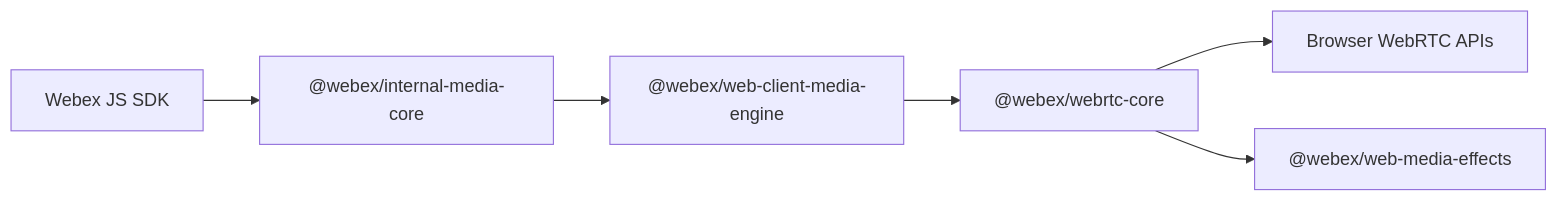
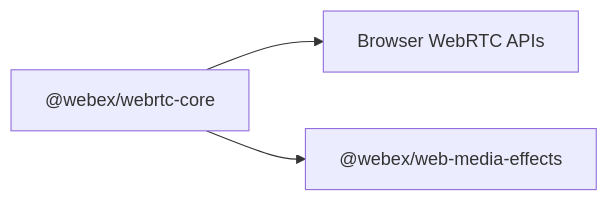
Before and after one commit to webex/webrtc-core: the diagram in docs/knowledge-base/architecture/webrtc-core-overview.md, drawn with Mermaid. The commit also changed other lines of this file and 8 other files, not shown here.

````diff
--- a/docs/knowledge-base/architecture/webrtc-core-overview.md
+++ b/docs/knowledge-base/architecture/webrtc-core-overview.md
@@ -13,8 +13,6 @@
 ```mermaid
 flowchart LR
-  SDK["Webex JS SDK"] --> IMC["@webex/internal-media-core"]
-  IMC --> WCME["@webex/web-client-media-engine"]
-  WCME --> Core["@webex/webrtc-core"]
+  Core["@webex/webrtc-core"]
   Core --> Browser["Browser WebRTC APIs"]
   Core --> Effects["@webex/web-media-effects"]
 ```
````
